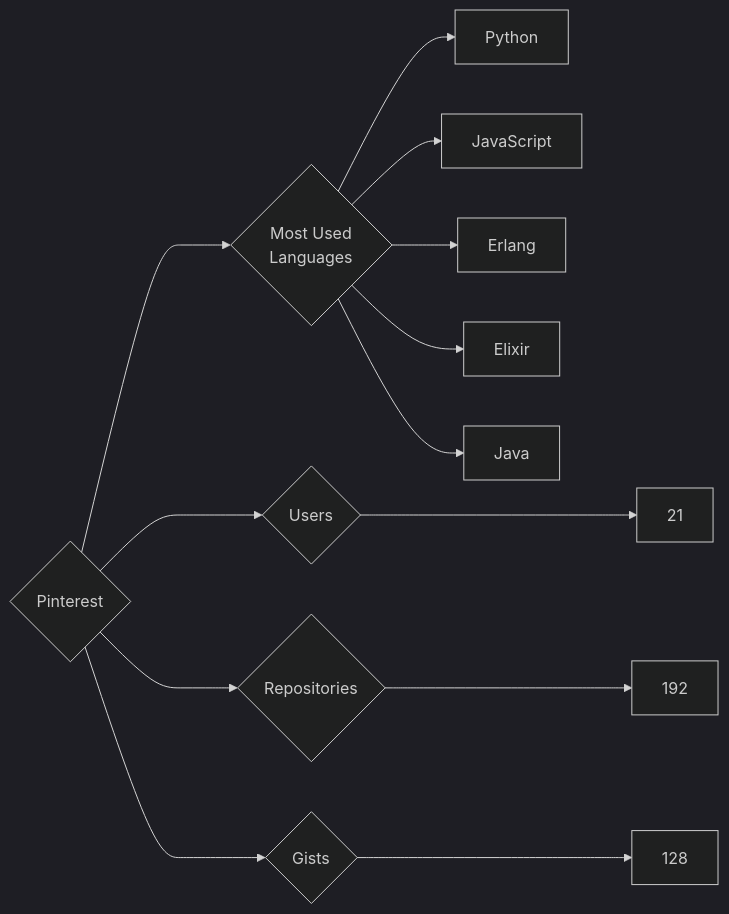
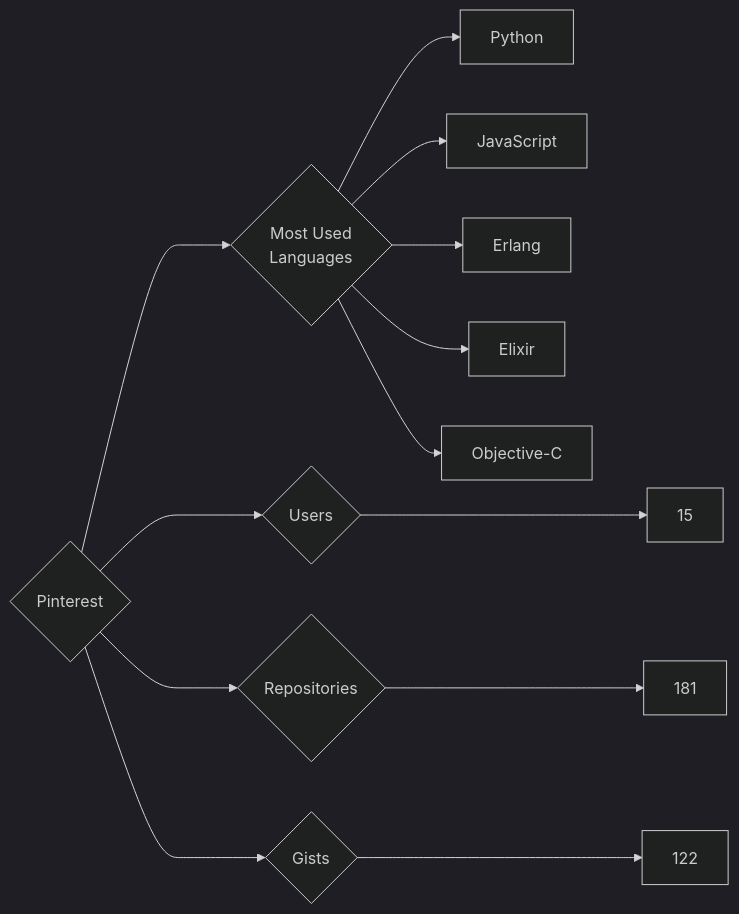
The diagram in targets/Pinterest/README.md (trickest/insiders), drawn with Mermaid (dark theme) before and after one commit. The commit also changed 870 other files, not shown here.

````diff
--- a/targets/Pinterest/README.md
+++ b/targets/Pinterest/README.md
@@ -3,13 +3,13 @@
 ```mermaid
 graph LR
 COMPANY_NAME{Pinterest}
-COMPANY_NAME ---> U{Users} ---> UN[21]
-COMPANY_NAME ---> R{Repositories} ---> RN[192]
-COMPANY_NAME ---> G{Gists} ---> GN[128]
+COMPANY_NAME ---> U{Users} ---> UN[15]
+COMPANY_NAME ---> R{Repositories} ---> RN[181]
+COMPANY_NAME ---> G{Gists} ---> GN[122]
 COMPANY_NAME ---> ML{Most Used<br>Languages}
 ML --> Python[Python]
 ML --> JavaScript[JavaScript]
 ML --> Erlang[Erlang]
 ML --> Elixir[Elixir]
-ML --> Java[Java]
+ML --> Objective-C[Objective-C]
 ```
````
